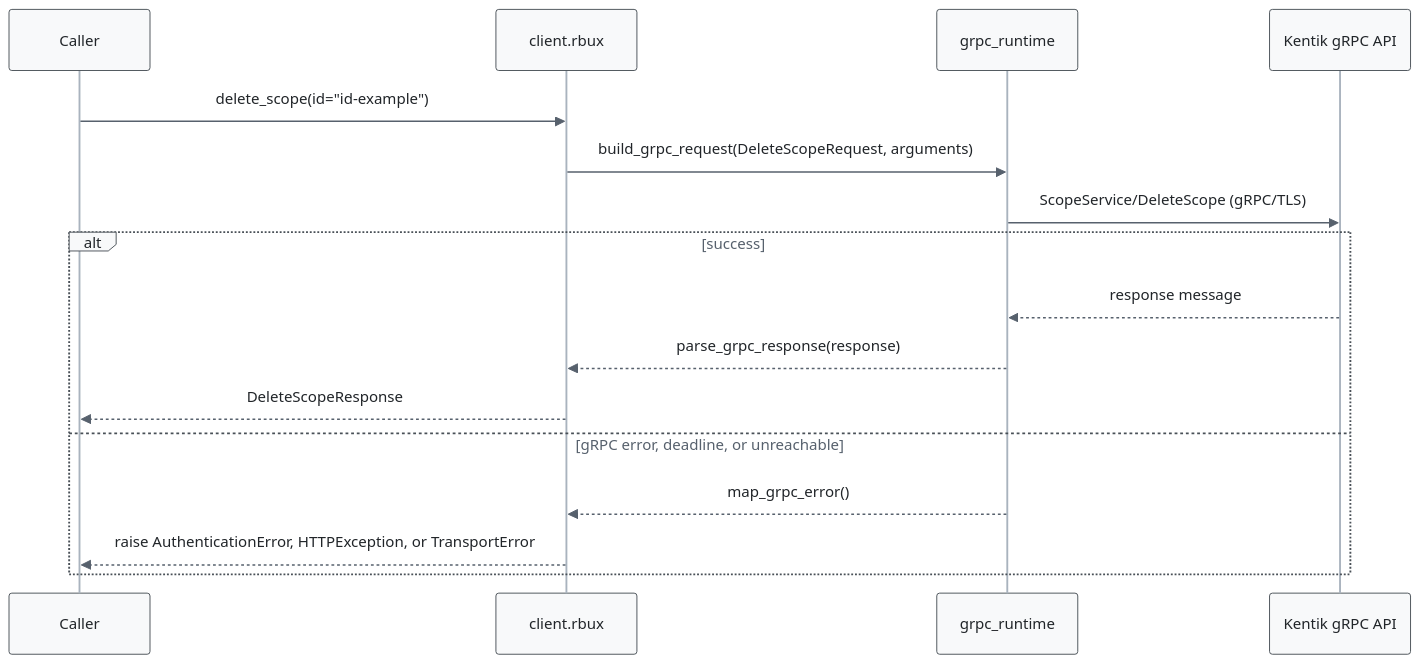
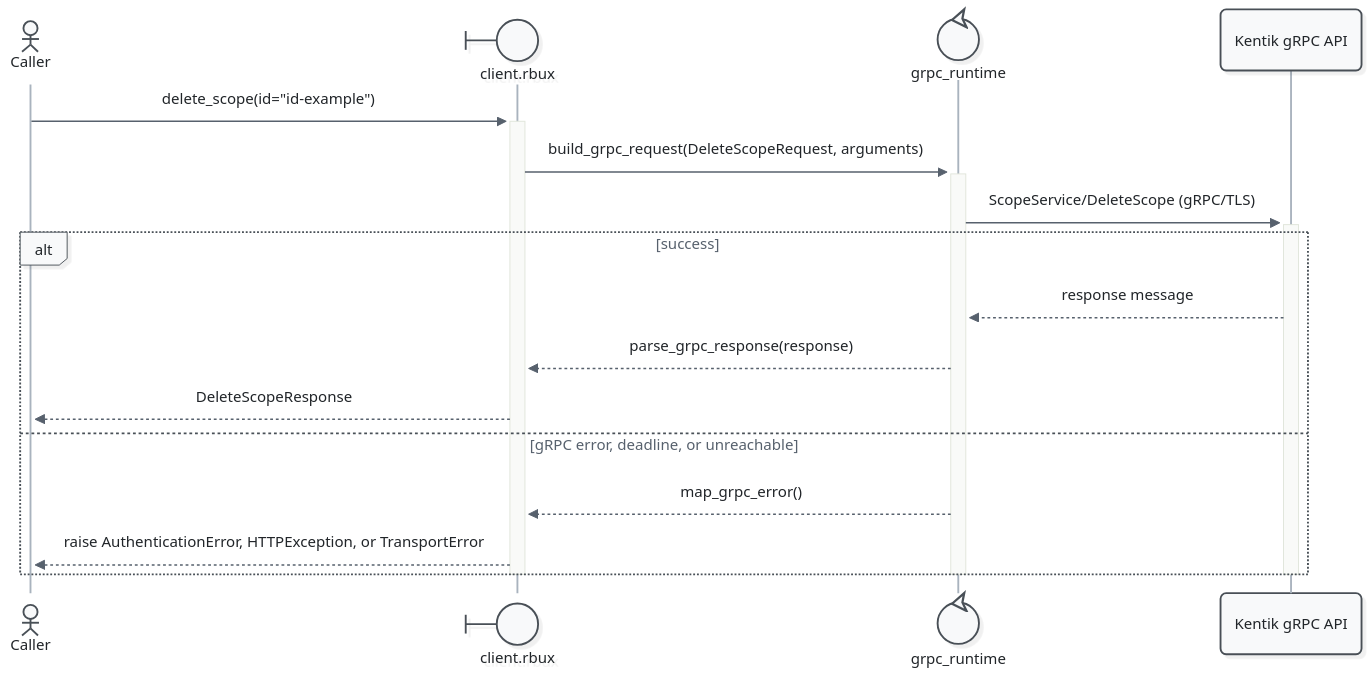
One commit to alexdearaujo/community_sdk_python changed the tenth of 11 diagrams in docs/sphinx/services/rbux.md. Above: the diagram before and after it, drawn with Mermaid. The commit also changed other lines of this file and 52 other files, not shown here.

First line of the commit message:
docs: Mermaid 12 sequence diagrams with participant types and path colors

````diff
--- a/docs/sphinx/services/rbux.md
+++ b/docs/sphinx/services/rbux.md
@@ -363,20 +385,23 @@
 ```mermaid
-%%{init: {"theme": "base", "fontFamily": "ui-monospace, SFMono-Regular, Menlo, monospace", "themeVariables": {"fontFamily": "ui-monospace, SFMono-Regular, Menlo, monospace", "primaryColor": "#f8f9fa", "primaryBorderColor": "#495057", "primaryTextColor": "#212529", "textColor": "#212529", "lineColor": "#77818c", "edgeLabelBackground": "#ffffff", "actorBkg": "#f8f9fa", "actorBorder": "#495057", "actorTextColor": "#212529", "actorLineColor": "#a9b3be", "signalColor": "#57616d", "signalTextColor": "#212529", "labelBoxBkgColor": "#f8f9fa", "labelBoxBorderColor": "#495057", "labelTextColor": "#212529", "loopTextColor": "#57616d", "noteBkgColor": "#fff9db", "noteBorderColor": "#f08c00", "noteTextColor": "#a35a00"}, "flowchart": {"curve": "step", "nodeSpacing": 30, "rankSpacing": 70, "wrappingWidth": 400}}}%%
+%%{init: {"theme": "redux", "look": "neo", "layout": "dagre", "fontFamily": "ui-monospace, SFMono-Regular, Menlo, monospace", "themeVariables": {"fontFamily": "ui-monospace, SFMono-Regular, Menlo, monospace", "primaryColor": "#f8f9fa", "primaryBorderColor": "#495057", "primaryTextColor": "#212529", "textColor": "#212529", "lineColor": "#77818c", "edgeLabelBackground": "#ffffff", "actorBkg": "#f8f9fa", "actorBorder": "#495057", "actorTextColor": "#212529", "actorLineColor": "#a9b3be", "signalColor": "#57616d", "signalTextColor": "#212529", "labelBoxBkgColor": "#f8f9fa", "labelBoxBorderColor": "#495057", "labelTextColor": "#212529", "loopTextColor": "#57616d", "noteBkgColor": "#fff9db", "noteBorderColor": "#f08c00", "noteTextColor": "#a35a00"}, "sequence": {"activationWidth": 16}, "flowchart": {"curve": "step", "nodeSpacing": 30, "rankSpacing": 70, "wrappingWidth": 400}}}%%
 sequenceDiagram
-    participant C as Caller
-    participant W as client.rbux
-    participant R as grpc_runtime
+    actor C as Caller
+    participant W@{ "type": "boundary" } as client.rbux
+    participant R@{ "type": "control" } as grpc_runtime
     participant API as Kentik gRPC API
 
-    C->>W: delete_scope(id="id-example")
-    W->>R: build_grpc_request(DeleteScopeRequest, arguments)
-    R->>API: ScopeService/DeleteScope (gRPC/TLS)
+    C->>+W: delete_scope(id="id-example")
+    W->>+R: build_grpc_request(DeleteScopeRequest, arguments)
+    R->>+API: ScopeService/DeleteScope (gRPC/TLS)
     alt success
         API-->>R: response message
         R-->>W: parse_grpc_response(response)
         W-->>C: DeleteScopeResponse
     else gRPC error, deadline, or unreachable
         R-->>W: map_grpc_error()
         W-->>C: raise AuthenticationError, HTTPException, or TransportError
     end
+    deactivate API
+    deactivate R
+    deactivate W
 ```
````
